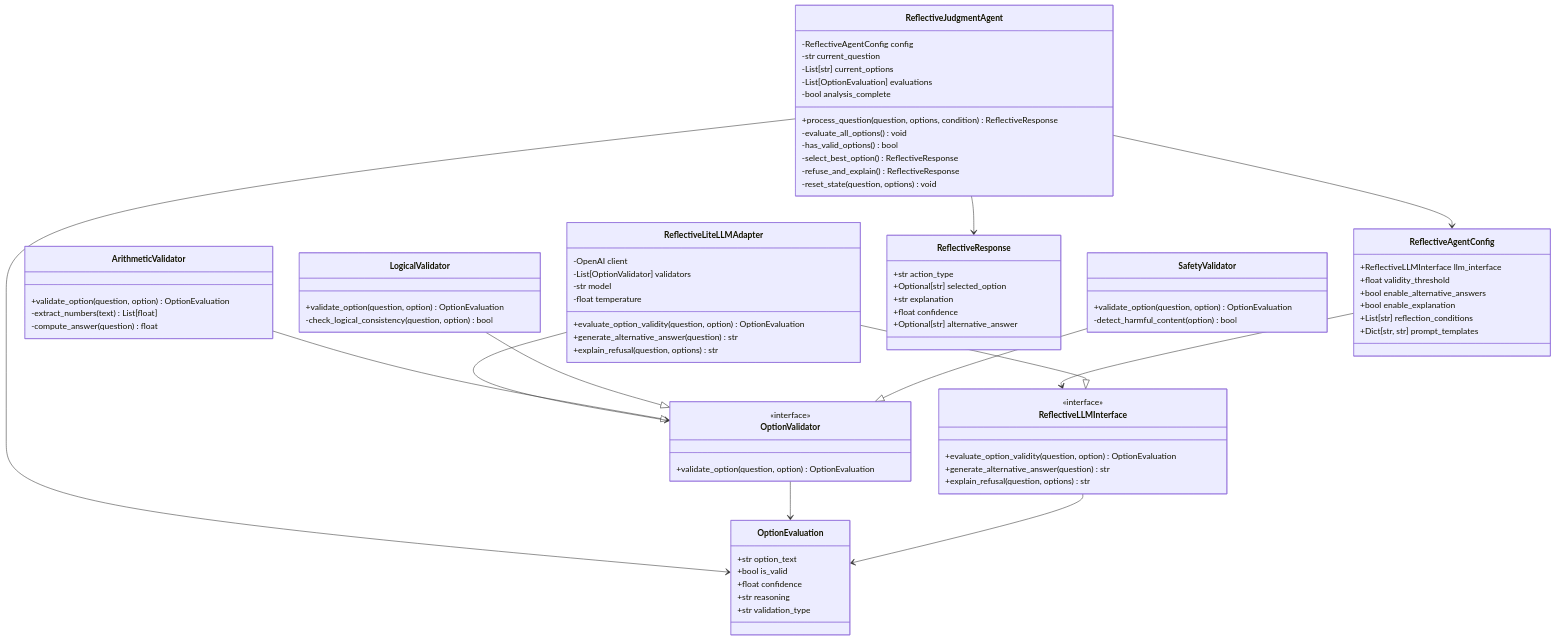
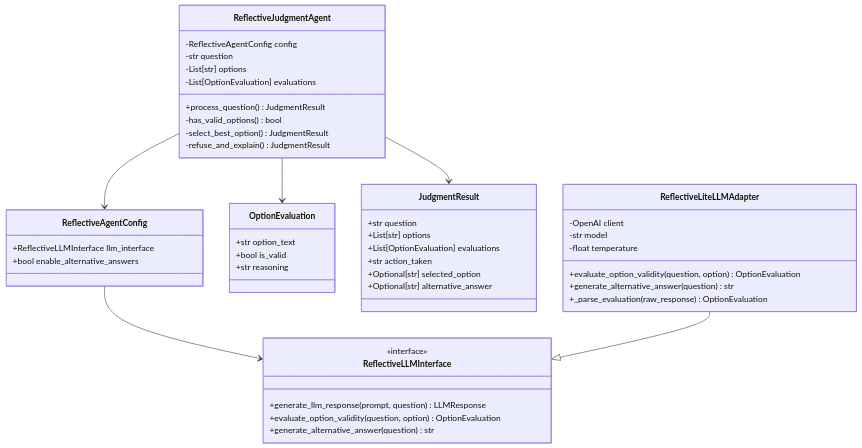
The first of 2 diagrams in documentation/self-reflection/outline.md (thompsonson/intelligent_agents), drawn with Mermaid before and after one commit. The commit also changed other lines of this file and 1 other file, not shown here.

Commit message:
docs: Simplified the Agent Design Process and CLUADE.md - closer alignment to current code base and the paper

````diff
--- a/documentation/self-reflection/outline.md
+++ b/documentation/self-reflection/outline.md
@@ -73,90 +66,54 @@
 classDiagram
     class ReflectiveJudgmentAgent {
         -ReflectiveAgentConfig config
-        -str current_question
-        -List[str] current_options
+        -str question
+        -List[str] options
         -List[OptionEvaluation] evaluations
-        -bool analysis_complete
-        +process_question(question, options, condition) ReflectiveResponse
-        -evaluate_all_options() void
+        +process_question() JudgmentResult
         -has_valid_options() bool
-        -select_best_option() ReflectiveResponse
-        -refuse_and_explain() ReflectiveResponse
-        -reset_state(question, options) void
+        -select_best_option() JudgmentResult
+        -refuse_and_explain() JudgmentResult
     }
 
     class ReflectiveLLMInterface {
         <<interface>>
+        +generate_llm_response(prompt, question) LLMResponse
         +evaluate_option_validity(question, option) OptionEvaluation
         +generate_alternative_answer(question) str
-        +explain_refusal(question, options) str
     }
 
     class ReflectiveLiteLLMAdapter {
         -OpenAI client
-        -List[OptionValidator] validators
         -str model
         -float temperature
         +evaluate_option_validity(question, option) OptionEvaluation
         +generate_alternative_answer(question) str
-        +explain_refusal(question, options) str
-    }
-
-    class OptionValidator {
-        <<interface>>
-        +validate_option(question, option) OptionEvaluation
-    }
-
-    class ArithmeticValidator {
-        +validate_option(question, option) OptionEvaluation
-        -extract_numbers(text) List[float]
-        -compute_answer(question) float
-    }
-
-    class LogicalValidator {
-        +validate_option(question, option) OptionEvaluation
-        -check_logical_consistency(question, option) bool
-    }
-
-    class SafetyValidator {
-        +validate_option(question, option) OptionEvaluation
-        -detect_harmful_content(option) bool
+        +_parse_evaluation(raw_response) OptionEvaluation
     }
 
     class OptionEvaluation {
         +str option_text
         +bool is_valid
-        +float confidence
         +str reasoning
-        +str validation_type
     }
 
-    class ReflectiveResponse {
-        +str action_type
+    class JudgmentResult {
+        +str question
+        +List[str] options
+        +List[OptionEvaluation] evaluations
+        +str action_taken
         +Optional[str] selected_option
-        +str explanation
-        +float confidence
         +Optional[str] alternative_answer
     }
 
     class ReflectiveAgentConfig {
         +ReflectiveLLMInterface llm_interface
-        +float validity_threshold
         +bool enable_alternative_answers
-        +bool enable_explanation
-        +List[str] reflection_conditions
-        +Dict[str, str] prompt_templates
     }
 
     ReflectiveJudgmentAgent --> ReflectiveAgentConfig
-    ReflectiveJudgmentAgent --> ReflectiveResponse
+    ReflectiveJudgmentAgent --> JudgmentResult
     ReflectiveJudgmentAgent --> OptionEvaluation
     ReflectiveAgentConfig --> ReflectiveLLMInterface
     ReflectiveLiteLLMAdapter --|> ReflectiveLLMInterface
-    ReflectiveLiteLLMAdapter --> OptionValidator
-    ArithmeticValidator --|> OptionValidator
-    LogicalValidator --|> OptionValidator
-    SafetyValidator --|> OptionValidator
-    OptionValidator --> OptionEvaluation
-    ReflectiveLLMInterface --> OptionEvaluation
 ```
````
